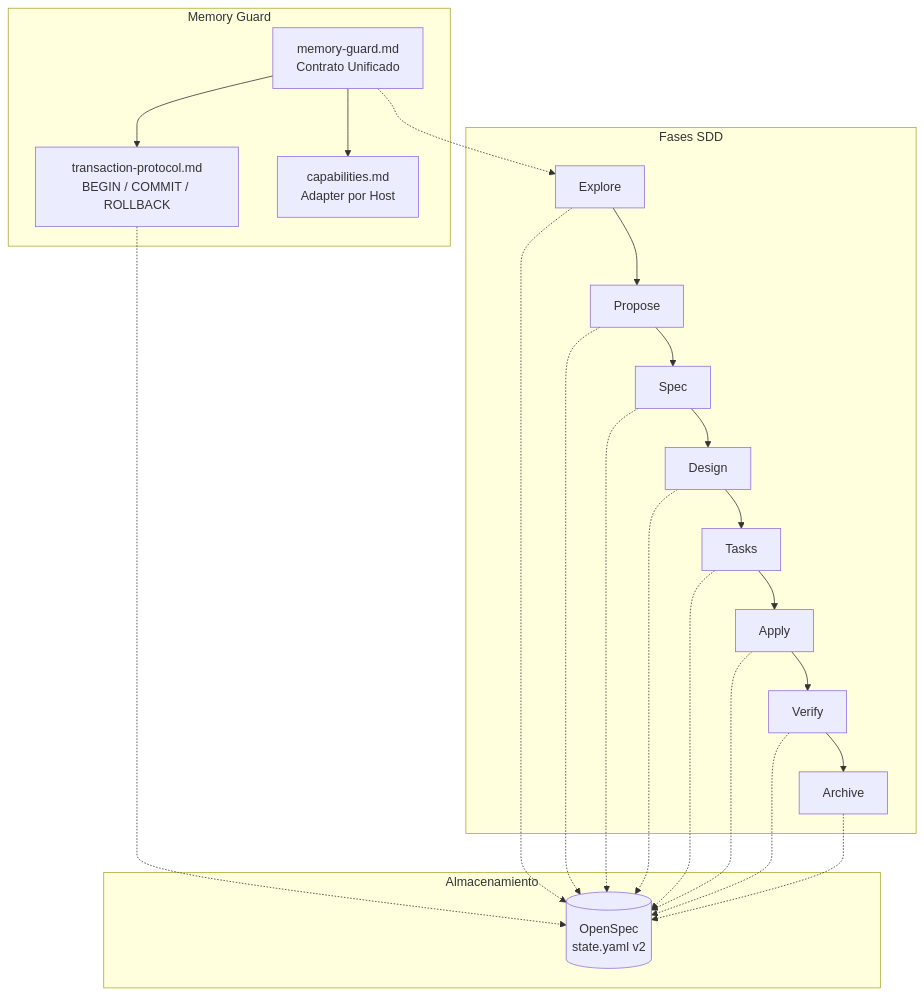
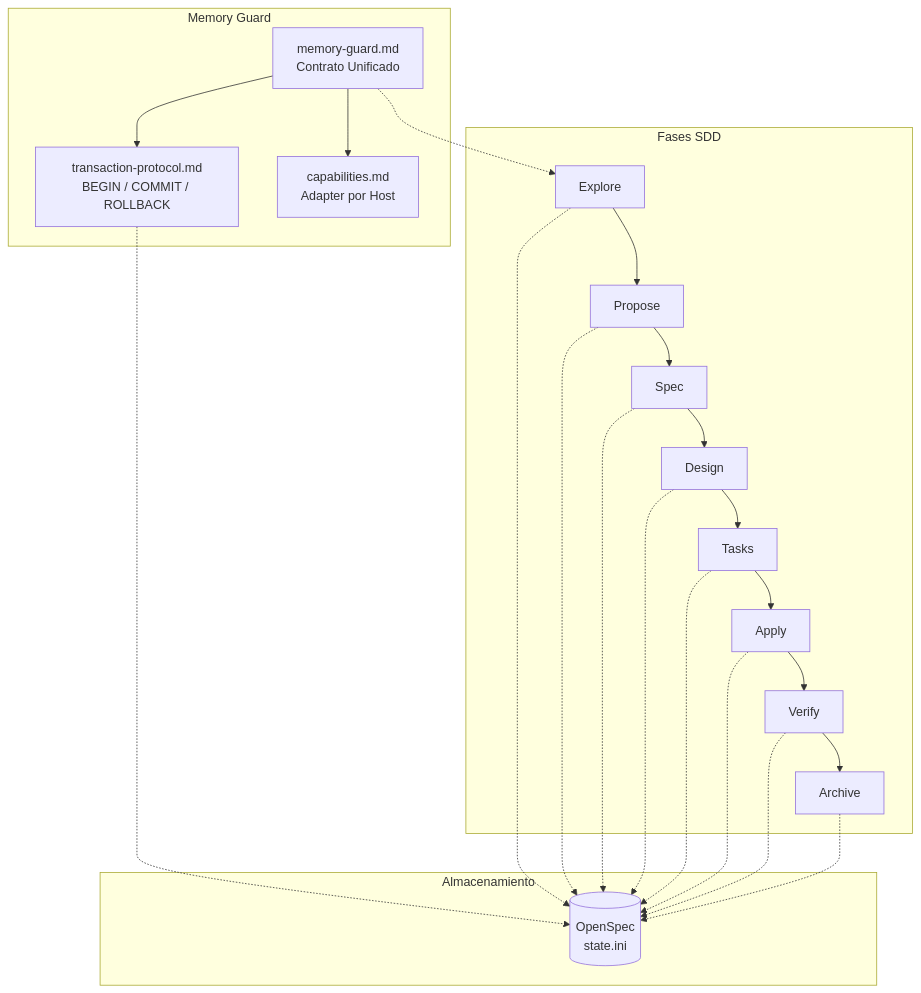
Before and after one commit to fdomerlo/state-guard: the diagram in README.md, drawn with Mermaid. The commit also changed other lines of this file and 9 other files, not shown here.

````diff
--- a/README.md
+++ b/README.md
@@ -116,28 +115,28 @@
 ```mermaid
 graph TB
     subgraph "Memory Guard"
         MG["memory-guard.md\nContrato Unificado"]
         TXN["transaction-protocol.md\nBEGIN / COMMIT / ROLLBACK"]
         CAP["capabilities.md\nAdapter por Host"]
     end
 
     subgraph "Fases SDD"
         E[Explore] --> P[Propose]
         P --> S[Spec]
         S --> D[Design]
         D --> T[Tasks]
         T --> A[Apply]
         A --> V[Verify]
         V --> ARC[Archive]
     end
 
     subgraph "Almacenamiento"
-        O[("OpenSpec\nstate.yaml v2")]
+        O[("OpenSpec\nstate.ini")]
     end
 
     MG --> TXN
     MG --> CAP
     MG -.-> E
     TXN -.-> O
     E & P & S & D & T & A & V & ARC -.-> O
 ```
````
